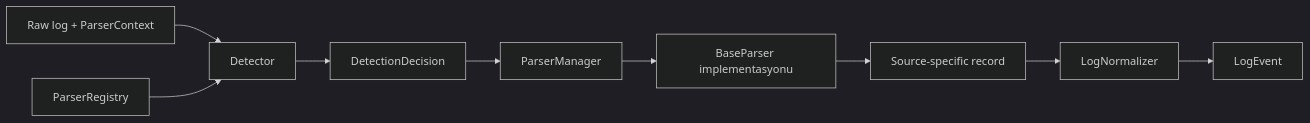
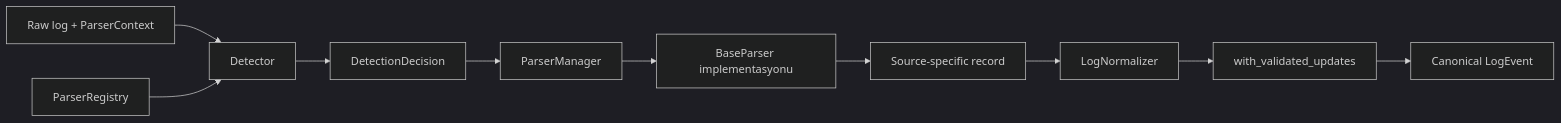
The third of 10 diagrams in log-parser-engine/ARCHITECTURE.md (iremklp/smartlog), drawn with Mermaid (dark theme) before and after one commit. The commit also changed other lines of this file and 14 other files, not shown here.

````diff
--- a/log-parser-engine/ARCHITECTURE.md
+++ b/log-parser-engine/ARCHITECTURE.md
@@ -121,11 +123,12 @@
 ```mermaid
 flowchart LR
     INPUT[Raw log + ParserContext] --> DETECT[Detector]
     REG[ParserRegistry] --> DETECT
     DETECT --> DECISION[DetectionDecision]
     DECISION --> MANAGER[ParserManager]
     MANAGER --> PARSER[BaseParser implementasyonu]
     PARSER --> SOURCE[Source-specific record]
     SOURCE --> NORMALIZER[LogNormalizer]
-    NORMALIZER --> EVENT[LogEvent]
+    NORMALIZER --> REBUILD[with_validated_updates]
+    REBUILD --> EVENT[Canonical LogEvent]
 ```
````
